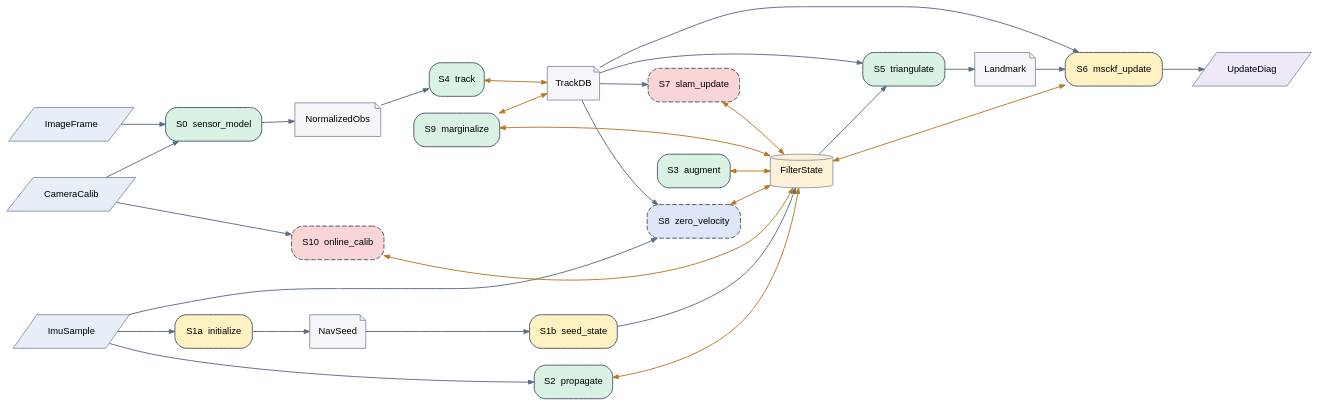
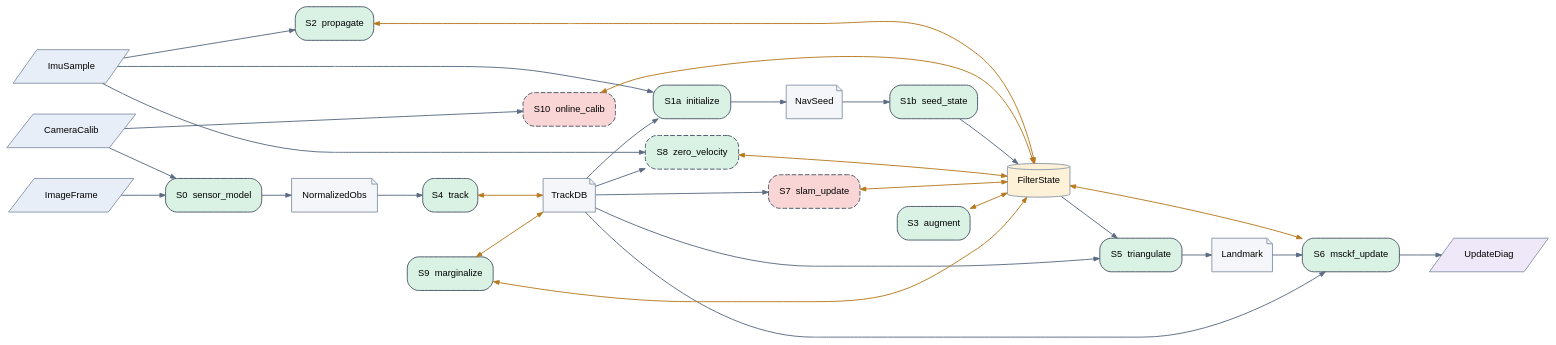
The diagram in docs/assessments/figures/methodology/riekf-msckf.dot (branes-ai/cortex), drawn with Graphviz before and after one commit. The commit also changed 3 other files, not shown here.

First line of the commit message:
docs(methodology): the r-iekf delta graph after #608: shipped init, seed map, gate, s8, nis

```diff
--- a/docs/assessments/figures/methodology/riekf-msckf.dot
+++ b/docs/assessments/figures/methodology/riekf-msckf.dot
@@ -1,56 +1,57 @@
 // Generated by tools/pipeline_graph/pipeline_graph.py from the riekf-msckf spec. Do not edit.
 digraph "riekf-msckf" {
   graph [rankdir=LR, fontname="Helvetica", fontsize=11, bgcolor="transparent", nodesep=0.25, ranksep=0.45];
   node [fontname="Helvetica", fontsize=10];
   edge [color="#5b6b82", arrowsize=0.6];
   "e:ImuSample" [label="ImuSample", shape=parallelogram, style=filled, fillcolor="#e8eef8", color="#8a97ab"];
   "e:ImageFrame" [label="ImageFrame", shape=parallelogram, style=filled, fillcolor="#e8eef8", color="#8a97ab"];
   "e:CameraCalib" [label="CameraCalib", shape=parallelogram, style=filled, fillcolor="#e8eef8", color="#8a97ab"];
   "e:NormalizedObs" [label="NormalizedObs", shape=note, style=filled, fillcolor="#f4f6f9", color="#8a97ab"];
   "e:TrackDB" [label="TrackDB", shape=note, style=filled, fillcolor="#f4f6f9", color="#8a97ab"];
   "e:NavSeed" [label="NavSeed", shape=note, style=filled, fillcolor="#f4f6f9", color="#8a97ab"];
   "e:FilterState" [label="FilterState", shape=cylinder, style=filled, fillcolor="#fdf1d8", color="#8a97ab"];
   "e:Landmark" [label="Landmark", shape=note, style=filled, fillcolor="#f4f6f9", color="#8a97ab"];
   "e:UpdateDiag" [label="UpdateDiag", shape=parallelogram, style=filled, fillcolor="#efe8f8", color="#8a97ab"];
   "n:sensor_model" [label="S0  sensor_model", shape=box, style="filled,rounded", fillcolor="#d9f2e3", color="#4a5568"];
   "n:track" [label="S4  track", shape=box, style="filled,rounded", fillcolor="#d9f2e3", color="#4a5568"];
-  "n:initialize" [label="S1a  initialize", shape=box, style="filled,rounded", fillcolor="#fff1c2", color="#4a5568"];
-  "n:seed_state" [label="S1b  seed_state", shape=box, style="filled,rounded", fillcolor="#fff1c2", color="#4a5568"];
+  "n:initialize" [label="S1a  initialize", shape=box, style="filled,rounded", fillcolor="#d9f2e3", color="#4a5568"];
+  "n:seed_state" [label="S1b  seed_state", shape=box, style="filled,rounded", fillcolor="#d9f2e3", color="#4a5568"];
   "n:propagate" [label="S2  propagate", shape=box, style="filled,rounded", fillcolor="#d9f2e3", color="#4a5568"];
   "n:augment" [label="S3  augment", shape=box, style="filled,rounded", fillcolor="#d9f2e3", color="#4a5568"];
   "n:triangulate" [label="S5  triangulate", shape=box, style="filled,rounded", fillcolor="#d9f2e3", color="#4a5568"];
-  "n:msckf_update" [label="S6  msckf_update", shape=box, style="filled,rounded", fillcolor="#fff1c2", color="#4a5568"];
+  "n:msckf_update" [label="S6  msckf_update", shape=box, style="filled,rounded", fillcolor="#d9f2e3", color="#4a5568"];
   "n:marginalize" [label="S9  marginalize", shape=box, style="filled,rounded", fillcolor="#d9f2e3", color="#4a5568"];
-  "n:zero_velocity" [label="S8  zero_velocity", shape=box, style="filled,dashed,rounded", fillcolor="#dde7f7", color="#4a5568"];
+  "n:zero_velocity" [label="S8  zero_velocity", shape=box, style="filled,dashed,rounded", fillcolor="#d9f2e3", color="#4a5568"];
   "n:slam_update" [label="S7  slam_update", shape=box, style="filled,dashed,rounded", fillcolor="#f9d6d5", color="#4a5568"];
   "n:online_calib" [label="S10  online_calib", shape=box, style="filled,dashed,rounded", fillcolor="#f9d6d5", color="#4a5568"];
   "e:ImageFrame" -> "n:sensor_model";
   "e:CameraCalib" -> "n:sensor_model";
   "n:sensor_model" -> "e:NormalizedObs";
   "e:NormalizedObs" -> "n:track";
   "n:track" -> "e:TrackDB" [dir=both, color="#b7791f"];
   "e:ImuSample" -> "n:initialize";
+  "e:TrackDB" -> "n:initialize";
   "n:initialize" -> "e:NavSeed";
   "e:NavSeed" -> "n:seed_state";
   "n:seed_state" -> "e:FilterState";
   "n:propagate" -> "e:FilterState" [dir=both, color="#b7791f"];
   "e:ImuSample" -> "n:propagate";
   "n:augment" -> "e:FilterState" [dir=both, color="#b7791f"];
   "e:TrackDB" -> "n:triangulate";
   "e:FilterState" -> "n:triangulate";
   "n:triangulate" -> "e:Landmark";
   "n:msckf_update" -> "e:FilterState" [dir=both, color="#b7791f"];
   "e:TrackDB" -> "n:msckf_update";
   "e:Landmark" -> "n:msckf_update";
   "n:msckf_update" -> "e:UpdateDiag";
   "n:marginalize" -> "e:FilterState" [dir=both, color="#b7791f"];
   "n:marginalize" -> "e:TrackDB" [dir=both, color="#b7791f"];
   "n:zero_velocity" -> "e:FilterState" [dir=both, color="#b7791f"];
   "e:ImuSample" -> "n:zero_velocity";
   "e:TrackDB" -> "n:zero_velocity";
   "n:slam_update" -> "e:FilterState" [dir=both, color="#b7791f"];
   "e:TrackDB" -> "n:slam_update";
   "n:online_calib" -> "e:FilterState" [dir=both, color="#b7791f"];
   "e:CameraCalib" -> "n:online_calib";
   { rank=source; "e:ImuSample" "e:ImageFrame" "e:CameraCalib" }
 }
```
